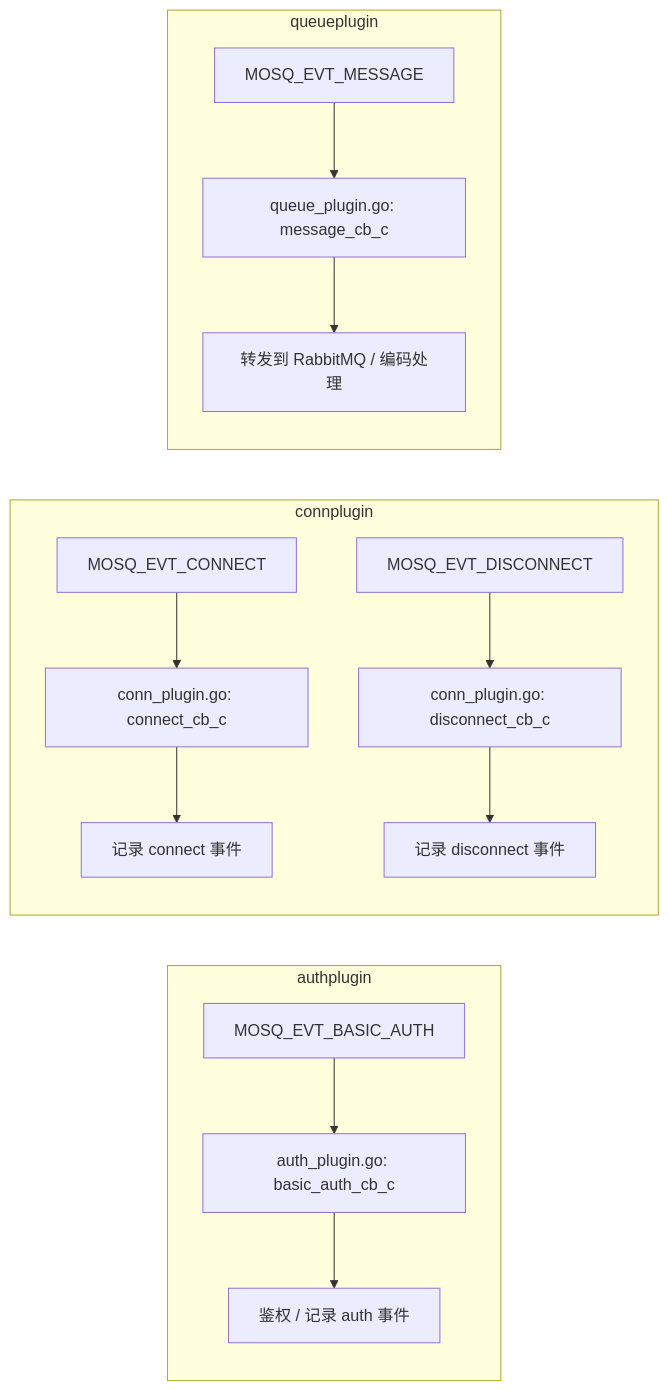
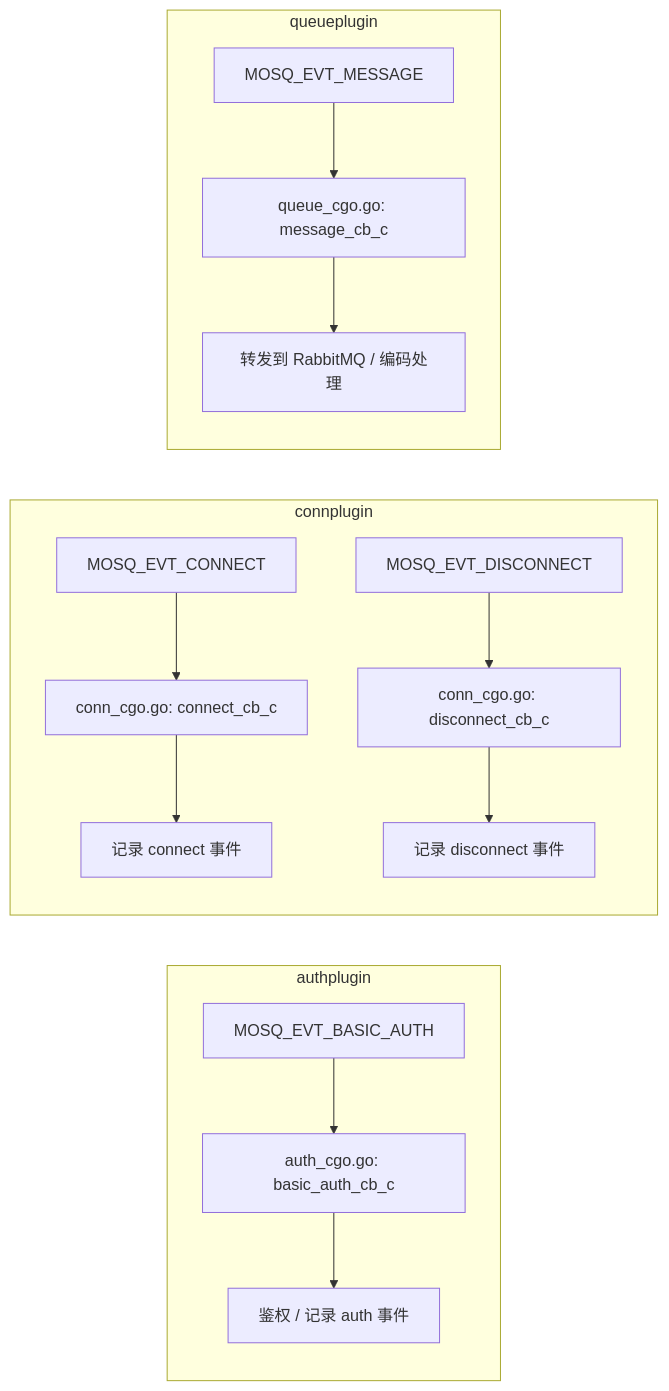
Before and after one commit to le2-rvms/mosquitto-plugin: the third of 3 diagrams in docs/callflow.md, drawn with Mermaid. The commit also changed 23 other files, not shown here.

````diff
--- a/docs/callflow.md
+++ b/docs/callflow.md
@@ -40,19 +40,19 @@
 ```mermaid
 flowchart LR
   subgraph AuthPlugin[authplugin]
-    A1["MOSQ_EVT_BASIC_AUTH"] --> A2["auth_plugin.go: basic_auth_cb_c"]
+    A1["MOSQ_EVT_BASIC_AUTH"] --> A2["auth_cgo.go: basic_auth_cb_c"]
     A2 --> A3["鉴权 / 记录 auth 事件"]
   end
 
   subgraph ConnPlugin[connplugin]
-    C1["MOSQ_EVT_CONNECT"] --> C2["conn_plugin.go: connect_cb_c"]
+    C1["MOSQ_EVT_CONNECT"] --> C2["conn_cgo.go: connect_cb_c"]
     C2 --> C3["记录 connect 事件"]
-    D1["MOSQ_EVT_DISCONNECT"] --> D2["conn_plugin.go: disconnect_cb_c"]
+    D1["MOSQ_EVT_DISCONNECT"] --> D2["conn_cgo.go: disconnect_cb_c"]
     D2 --> D3["记录 disconnect 事件"]
   end
 
   subgraph QueuePlugin[queueplugin]
-    Q1["MOSQ_EVT_MESSAGE"] --> Q2["queue_plugin.go: message_cb_c"]
+    Q1["MOSQ_EVT_MESSAGE"] --> Q2["queue_cgo.go: message_cb_c"]
     Q2 --> Q3["转发到 RabbitMQ / 编码处理"]
   end
 ```
````
